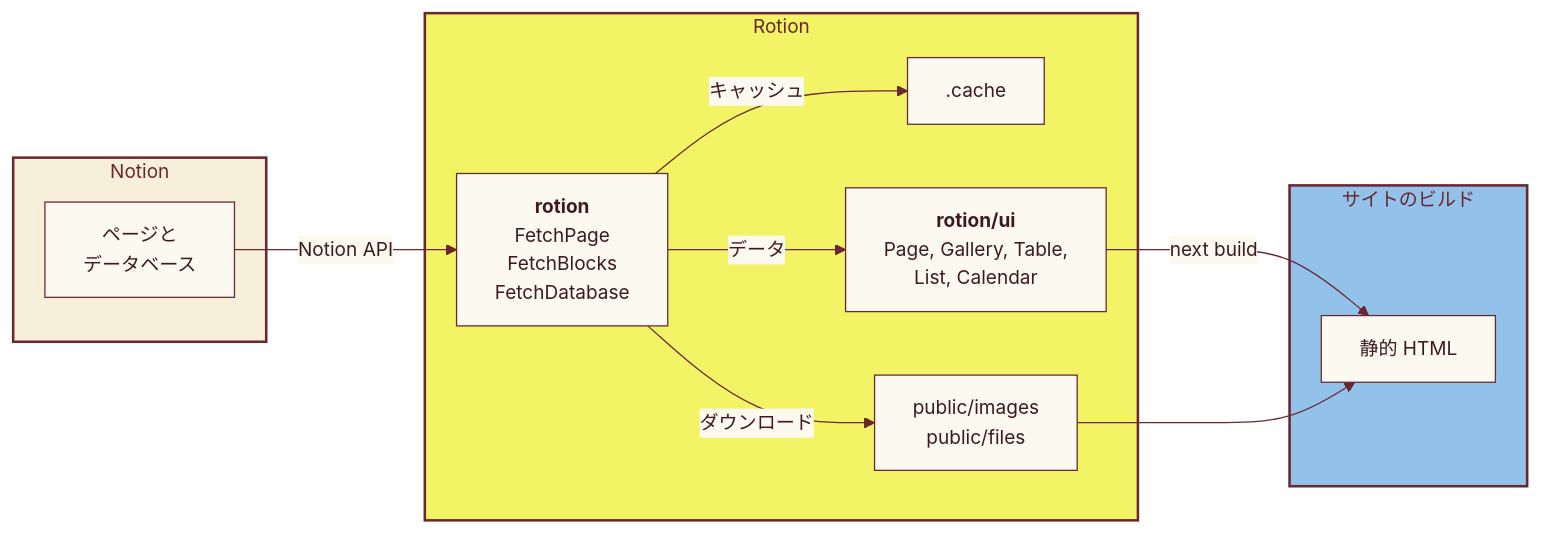
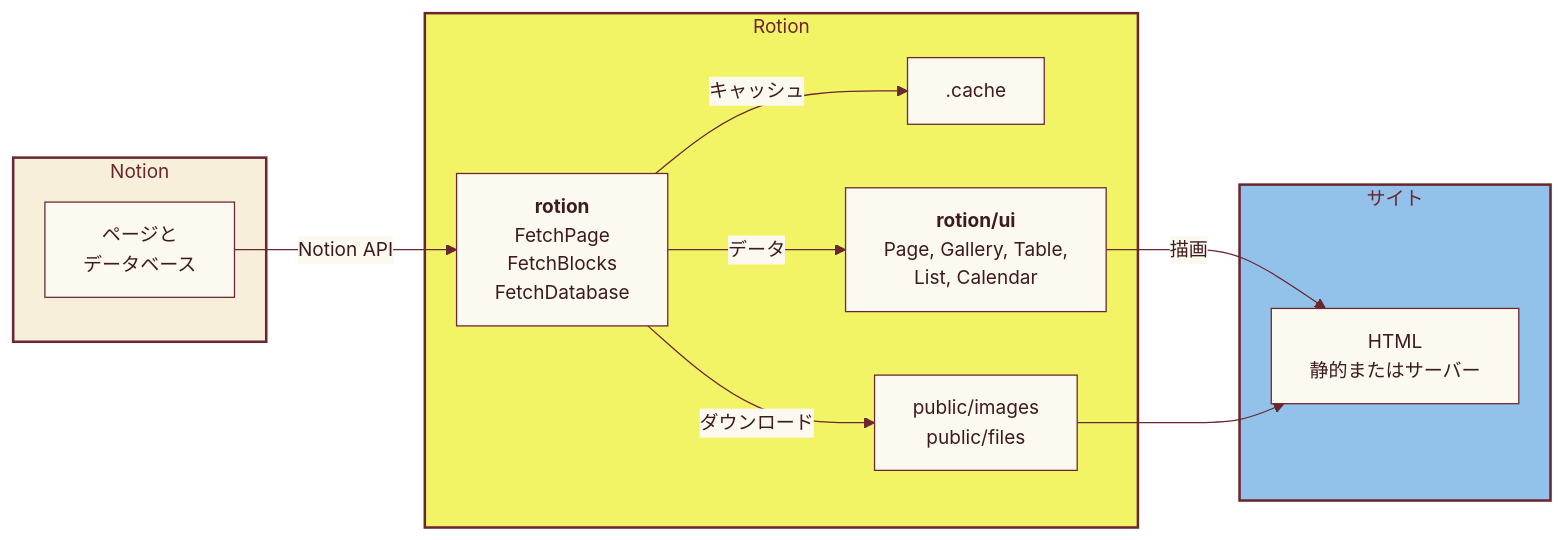
Before and after one commit to linyows/rotion: the diagram in docs/content/ja/index.mdx, drawn with Mermaid. The commit also changed other lines of this file and 14 other files, not shown here.

````diff
--- a/docs/content/ja/index.mdx
+++ b/docs/content/ja/index.mdx
@@ -146,25 +146,25 @@
 ```mermaid
 %%{init: {'theme': 'base', 'themeVariables': {'fontFamily': 'var(--font-sans), var(--font-jp), sans-serif', 'fontSize': '15px', 'primaryColor': '#fcf9f0', 'primaryTextColor': '#3d1a1f', 'primaryBorderColor': '#6a2730', 'lineColor': '#6a2730', 'edgeLabelBackground': '#fcf9f0', 'titleColor': '#6a2730'}}}%%
 flowchart LR
   subgraph N ["Notion"]
     notion["ページと<br/>データベース"]
   end
   subgraph R ["Rotion"]
     fetch["<b>rotion</b><br/>FetchPage<br/>FetchBlocks<br/>FetchDatabase"]
     cache[".cache"]
     files["public/images<br/>public/files"]
     ui["<b>rotion/ui</b><br/>Page, Gallery, Table,<br/>List, Calendar"]
     fetch -->|キャッシュ| cache
     fetch -->|ダウンロード| files
     fetch -->|データ| ui
   end
-  subgraph B ["サイトのビルド"]
-    html["静的 HTML"]
+  subgraph B ["サイト"]
+    html["HTML<br/>静的またはサーバー"]
   end
   notion -->|Notion API| fetch
-  ui -->|next build| html
+  ui -->|描画| html
   files --> html
   style N fill:#f7efda,stroke:#6a2730,stroke-width:2px,color:#6a2730
   style R fill:#f2f465,stroke:#6a2730,stroke-width:2px,color:#6a2730
   style B fill:#92c2ea,stroke:#6a2730,stroke-width:2px,color:#6a2730
 ```
````
